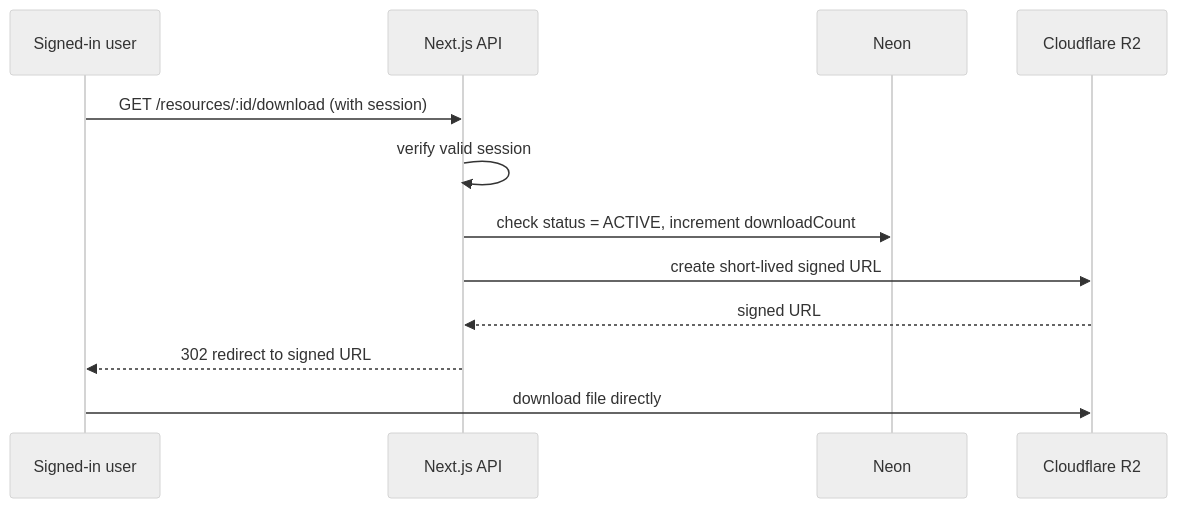
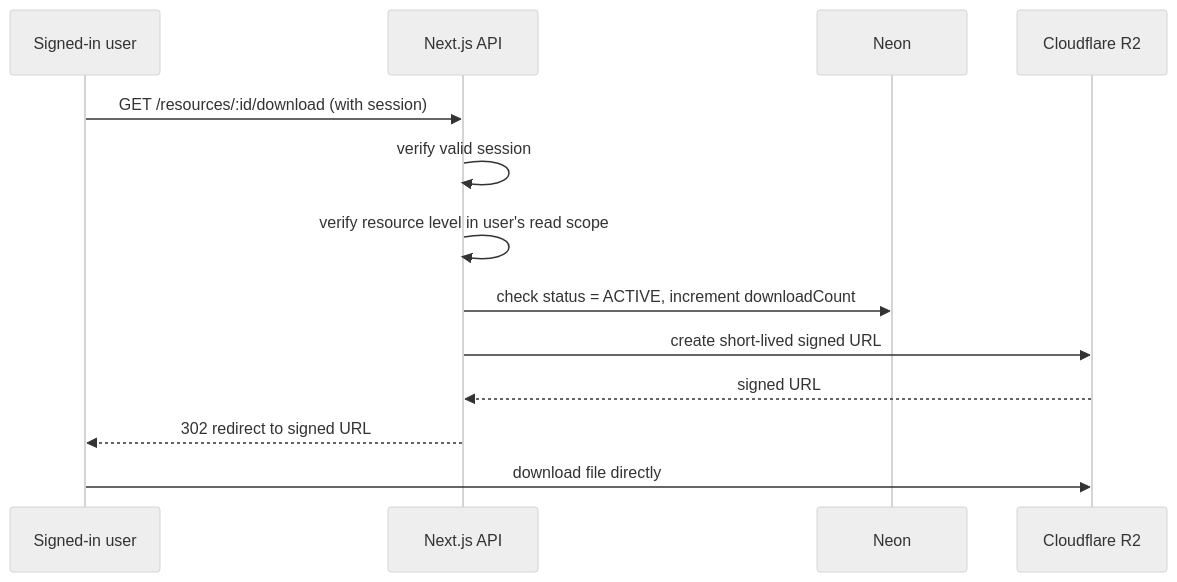
Before and after one commit to Memuna1Lukman/CS-project: the eighth of 8 diagrams in docs/CS-Resource-Hub-Design-v1.1.md, drawn with Mermaid (neutral theme). The commit also changed other lines of this file and 1 other file, not shown here.

Commit message:
docs: level-scoped reads (Option B) in design doc + decisions

````diff
--- a/docs/CS-Resource-Hub-Design-v1.1.md
+++ b/docs/CS-Resource-Hub-Design-v1.1.md
@@ -259,14 +281,15 @@
 ```mermaid
 sequenceDiagram
     participant U as Signed-in user
     participant API as Next.js API
     participant DB as Neon
     participant R2 as Cloudflare R2
     U->>API: GET /resources/:id/download (with session)
     API->>API: verify valid session
+    API->>API: verify resource level in user's read scope
     API->>DB: check status = ACTIVE, increment downloadCount
     API->>R2: create short-lived signed URL
     R2-->>API: signed URL
     API-->>U: 302 redirect to signed URL
     U->>R2: download file directly
 ```
````
